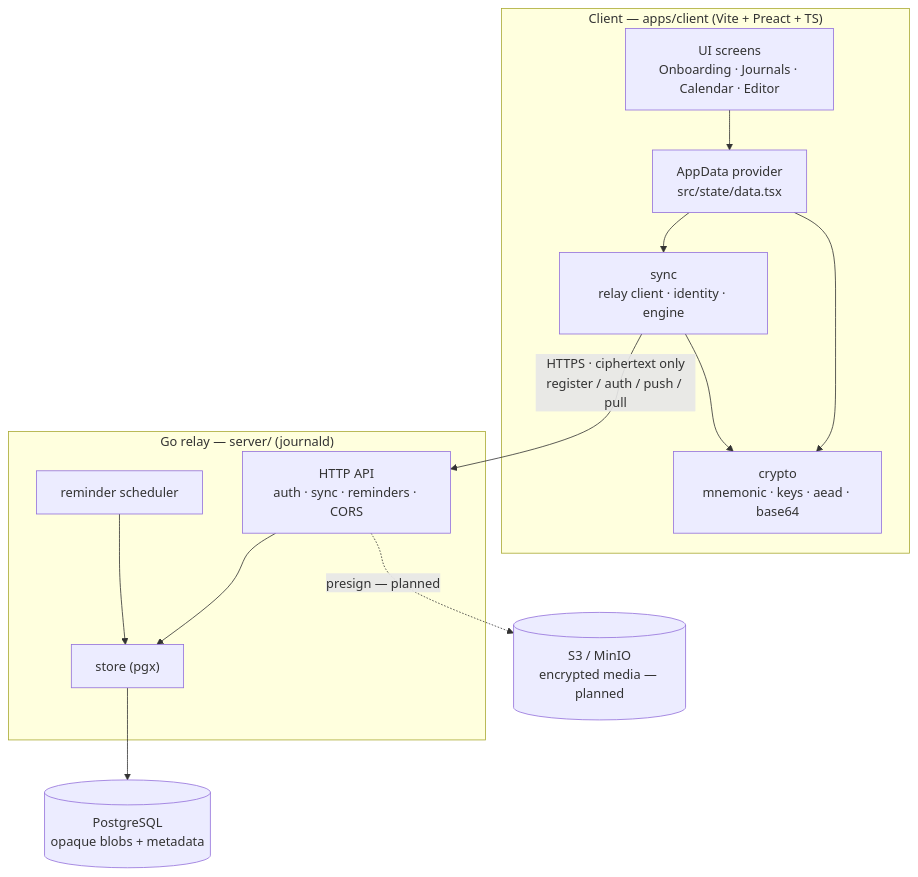
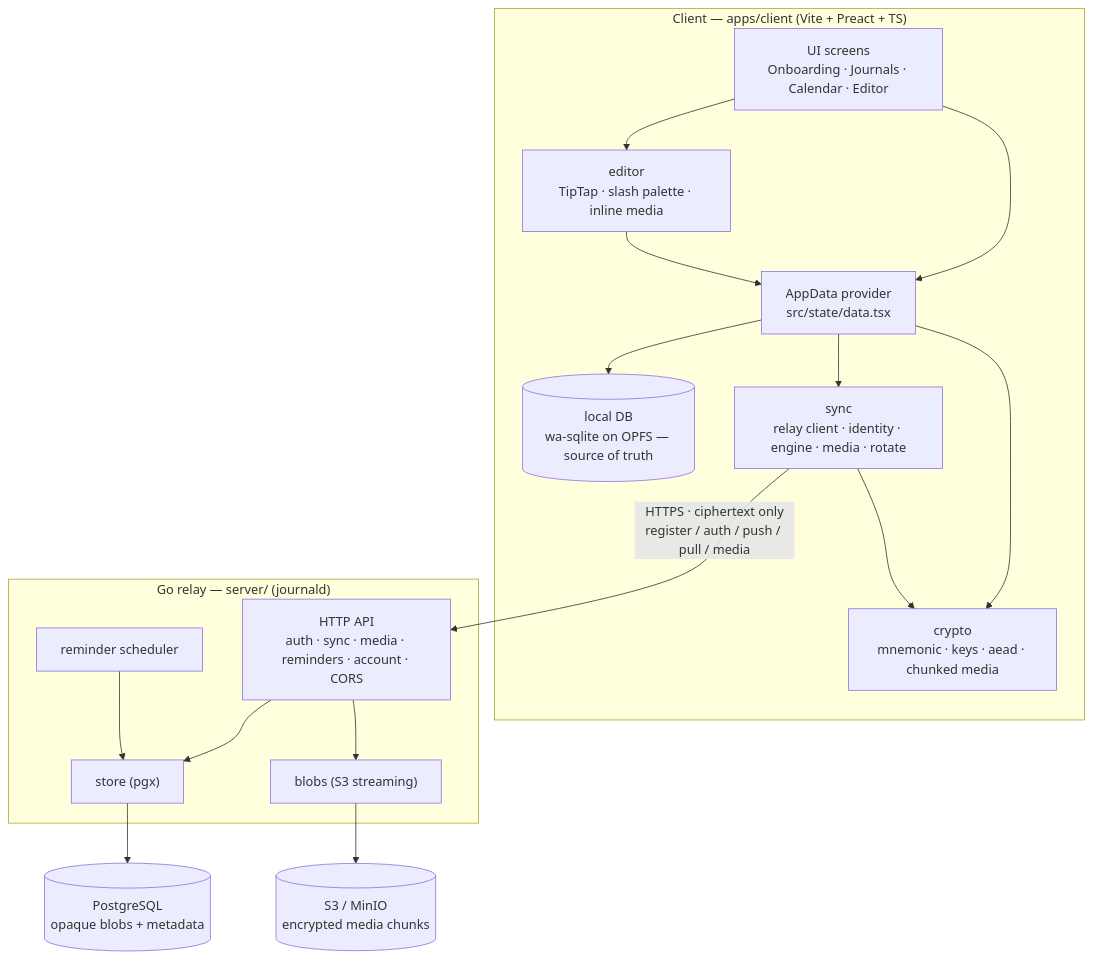
Before and after one commit to plasticparticle/mneme: the first of 5 diagrams in docs/ARCHITECTURE.md, drawn with Mermaid. The commit also changed other lines of this file and 5 other files, not shown here.

````diff
--- a/docs/ARCHITECTURE.md
+++ b/docs/ARCHITECTURE.md
@@ -22,28 +24,35 @@
 ```mermaid
 flowchart TB
   subgraph Client["Client — apps/client (Vite + Preact + TS)"]
     UI["UI screens<br/>Onboarding · Journals · Calendar · Editor"]
+    Editor["editor<br/>TipTap · slash palette · inline media"]
     State["AppData provider<br/>src/state/data.tsx"]
-    Crypto["crypto<br/>mnemonic · keys · aead · base64"]
-    Sync["sync<br/>relay client · identity · engine"]
+    DB[("local DB<br/>wa-sqlite on OPFS — source of truth")]
+    Crypto["crypto<br/>mnemonic · keys · aead · chunked media"]
+    Sync["sync<br/>relay client · identity · engine · media · rotate"]
     UI --> State
+    UI --> Editor
+    Editor --> State
+    State --> DB
     State --> Crypto
     State --> Sync
     Sync --> Crypto
   end
 
   subgraph Relay["Go relay — server/ (journald)"]
-    API["HTTP API<br/>auth · sync · reminders · CORS"]
+    API["HTTP API<br/>auth · sync · media · reminders · account · CORS"]
     Store["store (pgx)"]
+    Blobs["blobs (S3 streaming)"]
     Sched["reminder scheduler"]
     API --> Store
+    API --> Blobs
     Sched --> Store
   end
 
   PG[("PostgreSQL<br/>opaque blobs + metadata")]
-  S3[("S3 / MinIO<br/>encrypted media — planned")]
+  S3[("S3 / MinIO<br/>encrypted media chunks")]
 
-  Sync -- "HTTPS · ciphertext only<br/>register / auth / push / pull" --> API
+  Sync -- "HTTPS · ciphertext only<br/>register / auth / push / pull / media" --> API
   Store --> PG
-  API -. "presign — planned" .-> S3
+  Blobs --> S3
 ```
````
